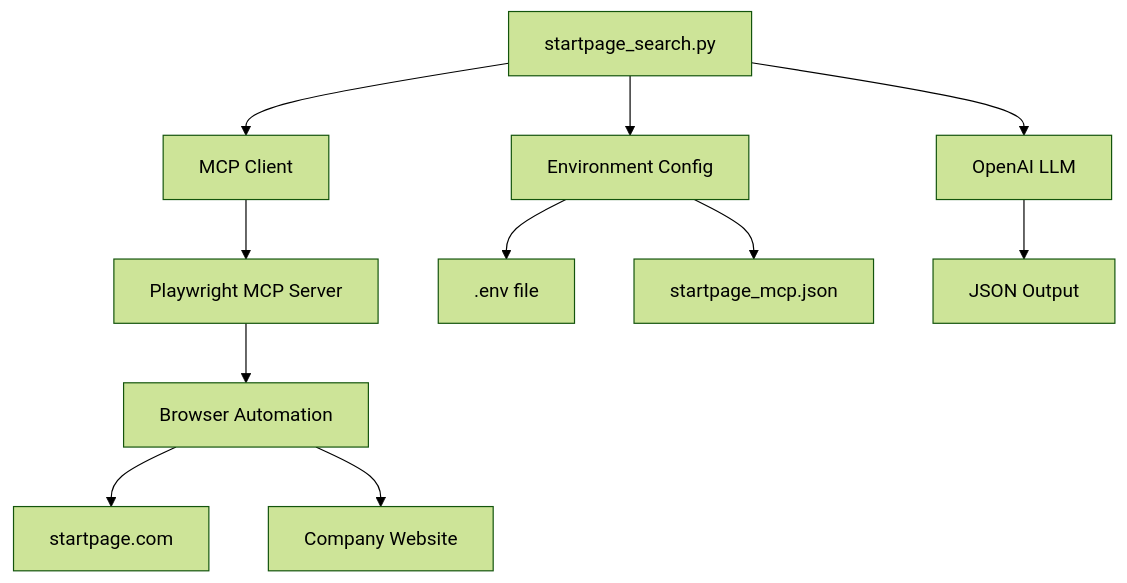
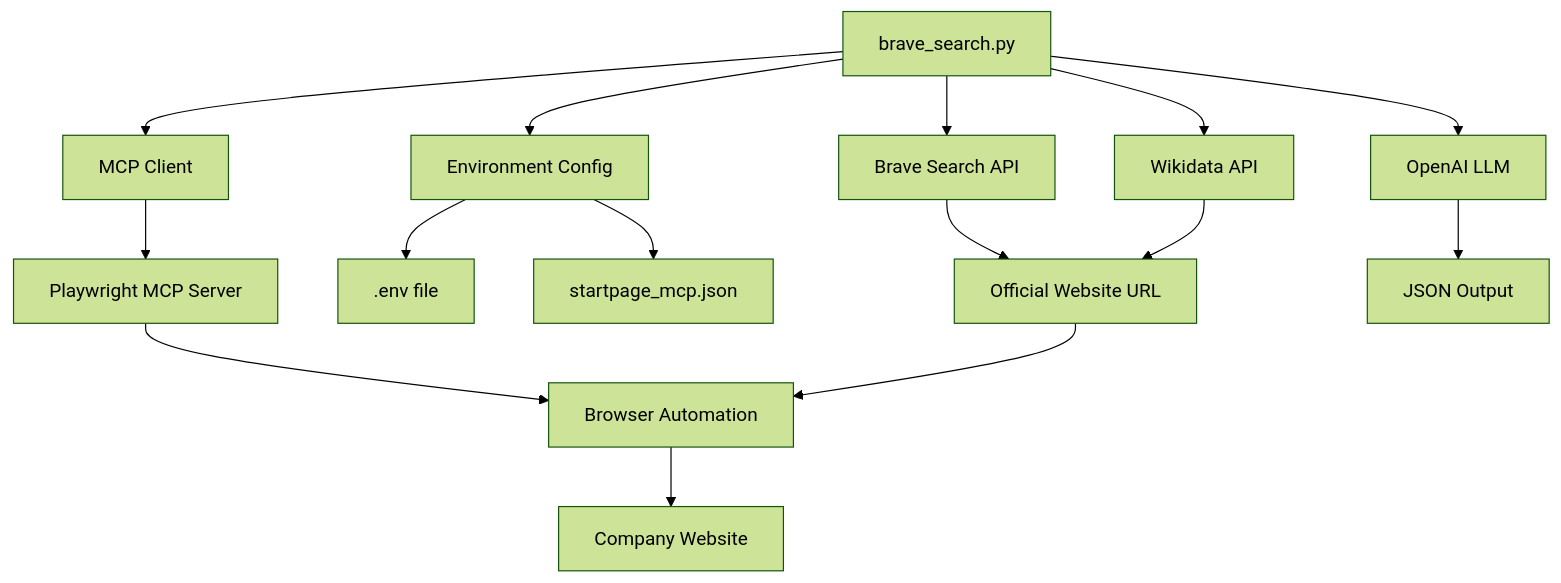
One commit to ClaudioLutz/BraveWebCrawler changed the diagram in DOCUMENTATION.md. Above: the diagram before and after it, drawn with Mermaid (forest theme). The commit also changed other lines of this file and 2 other files, not shown here.

````diff
--- a/DOCUMENTATION.md
+++ b/DOCUMENTATION.md
@@ -11,13 +11,17 @@
 ```mermaid
 graph TD
-    A[startpage_search.py] --> B[MCP Client]
-    B --> C[Playwright MCP Server]
-    C --> D[Browser Automation]
-    A --> E[OpenAI LLM]
-    A --> F[Environment Config]
-    F --> G[.env file]
-    F --> H[startpage_mcp.json]
-    D --> I[startpage.com]
-    D --> J[Company Website]
-    E --> K[JSON Output]
+    A[brave_search.py] --> B[Brave Search API]
+    A --> C[Wikidata API]
+    A --> D[MCP Client]
+    D --> E[Playwright MCP Server]
+    E --> F[Browser Automation]
+    A --> G[OpenAI LLM]
+    A --> H[Environment Config]
+    H --> I[.env file]
+    H --> J[startpage_mcp.json]
+    B --> K[Official Website URL]
+    C --> K
+    F --> L[Company Website]
+    G --> M[JSON Output]
+    K --> F
 ```
````
